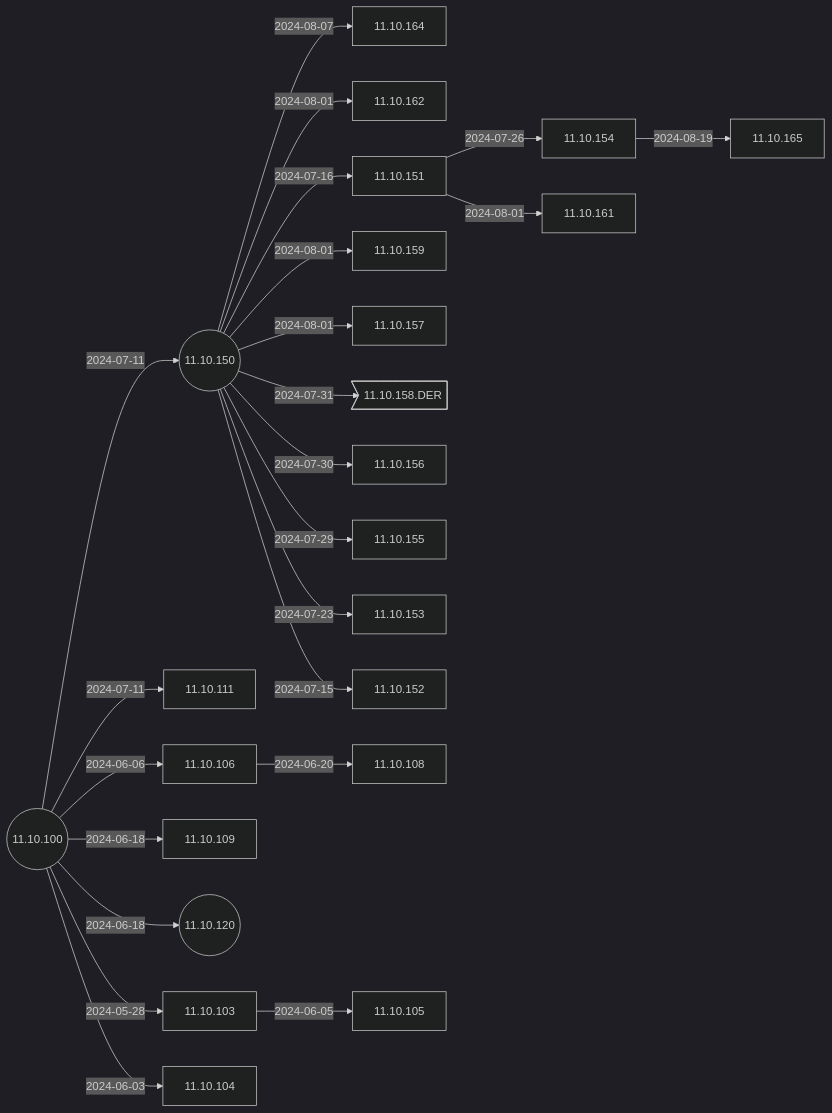
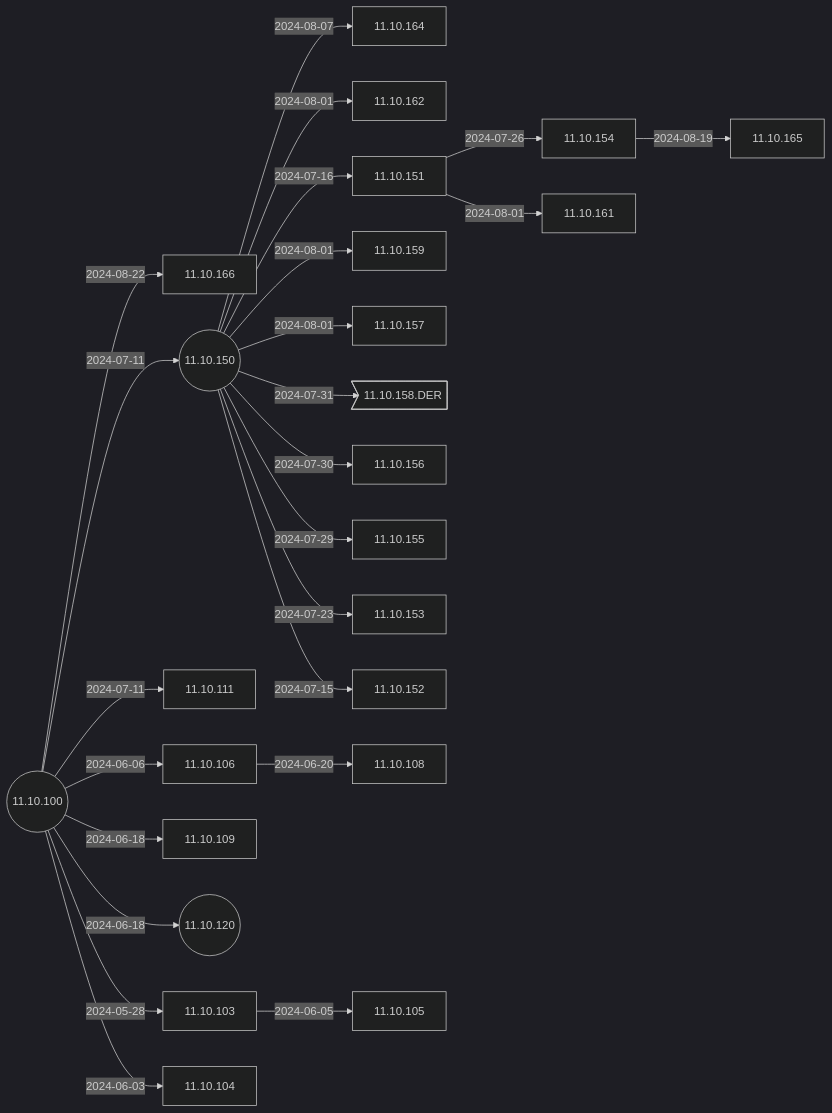
One commit to IGEL-Community/IGEL-Docs-v02 changed the second of 6 diagrams in docs/Docs/ReleaseNotes/01-OS11/README.md. Above: the diagram before and after it, drawn with Mermaid (dark theme). The commit also changed 2 other files, not shown here.

Commit message:
11.10.166 < 11.10.100 11.10.166 < 11.10.100

````diff
--- a/docs/Docs/ReleaseNotes/01-OS11/README.md
+++ b/docs/Docs/ReleaseNotes/01-OS11/README.md
@@ -41,49 +41,51 @@
 ```mermaid
 flowchart LR
+    11.10.100-- 2024-08-22 -->11.10.166
     11.10.154-- 2024-08-19 -->11.10.165
     11.10.150-- 2024-08-07 -->11.10.164
     11.10.150-- 2024-08-01 -->11.10.162
     11.10.151-- 2024-08-01 -->11.10.161
     11.10.150-- 2024-08-01 -->11.10.159
     11.10.150-- 2024-08-01 -->11.10.157
     11.10.150-- 2024-07-31 -->11.10.158.DER>11.10.158.DER]
     11.10.150-- 2024-07-30 -->11.10.156
     11.10.150-- 2024-07-29 -->11.10.155
     11.10.151-- 2024-07-26 -->11.10.154
     11.10.150-- 2024-07-23 -->11.10.153
     11.10.150-- 2024-07-16 -->11.10.151
     11.10.150-- 2024-07-15 -->11.10.152
     11.10.100-- 2024-07-11 -->11.10.150((11.10.150))
     11.10.100-- 2024-07-11 -->11.10.111
     11.10.106-- 2024-06-20 -->11.10.108
     11.10.100-- 2024-06-18 -->11.10.109
     11.10.100-- 2024-06-18 -->11.10.120((11.10.120))
     11.10.100-- 2024-06-06 -->11.10.106
     11.10.103-- 2024-06-05 -->11.10.105
     11.10.100-- 2024-06-03 -->11.10.104
     11.10.100-- 2024-05-28 -->11.10.103
     11.10.100((11.10.100))
+    click 11.10.166 "https://github.com/IGEL-Community/IGEL-Docs-v02/tree/main/docs/Docs/ReleaseNotes/01-OS11/readme11.10.166.txt" _blank
     click 11.10.165 "https://github.com/IGEL-Community/IGEL-Docs-v02/tree/main/docs/Docs/ReleaseNotes/01-OS11/readme11.10.165.txt" _blank
     click 11.10.164 "https://github.com/IGEL-Community/IGEL-Docs-v02/tree/main/docs/Docs/ReleaseNotes/01-OS11/readme11.10.164.txt" _blank
     click 11.10.162 "https://github.com/IGEL-Community/IGEL-Docs-v02/tree/main/docs/Docs/ReleaseNotes/01-OS11/readme11.10.162.txt" _blank
     click 11.10.161 "https://github.com/IGEL-Community/IGEL-Docs-v02/tree/main/docs/Docs/ReleaseNotes/01-OS11/readme11.10.161.txt" _blank
     click 11.10.159 "https://github.com/IGEL-Community/IGEL-Docs-v02/tree/main/docs/Docs/ReleaseNotes/01-OS11/readme11.10.159.txt" _blank
     click 11.10.157 "https://github.com/IGEL-Community/IGEL-Docs-v02/tree/main/docs/Docs/ReleaseNotes/01-OS11/readme11.10.157.txt" _blank
     click 11.10.158.DER "https://github.com/IGEL-Community/IGEL-Docs-v02/tree/main/docs/Docs/ReleaseNotes/01-OS11/readme11.10.158.DER.txt" _blank
     click 11.10.156 "https://github.com/IGEL-Community/IGEL-Docs-v02/tree/main/docs/Docs/ReleaseNotes/01-OS11/readme11.10.156.txt" _blank
     click 11.10.155 "https://github.com/IGEL-Community/IGEL-Docs-v02/tree/main/docs/Docs/ReleaseNotes/01-OS11/readme11.10.155.txt" _blank
     click 11.10.154 "https://github.com/IGEL-Community/IGEL-Docs-v02/tree/main/docs/Docs/ReleaseNotes/01-OS11/readme11.10.154.txt" _blank
     click 11.10.153 "https://github.com/IGEL-Community/IGEL-Docs-v02/tree/main/docs/Docs/ReleaseNotes/01-OS11/readme11.10.153.txt" _blank
     click 11.10.151 "https://github.com/IGEL-Community/IGEL-Docs-v02/tree/main/docs/Docs/ReleaseNotes/01-OS11/readme11.10.151.txt" _blank
     click 11.10.152 "https://github.com/IGEL-Community/IGEL-Docs-v02/tree/main/docs/Docs/ReleaseNotes/01-OS11/readme11.10.152.txt" _blank
     click 11.10.111 "https://github.com/IGEL-Community/IGEL-Docs-v02/tree/main/docs/Docs/ReleaseNotes/01-OS11/readme11.10.111.txt" _blank
     click 11.10.150 "https://github.com/IGEL-Community/IGEL-Docs-v02/tree/main/docs/Docs/ReleaseNotes/01-OS11/readme11.10.150.txt" _blank
     click 11.10.108 "https://github.com/IGEL-Community/IGEL-Docs-v02/tree/main/docs/Docs/ReleaseNotes/01-OS11/readme11.10.108.txt" _blank
     click 11.10.109 "https://github.com/IGEL-Community/IGEL-Docs-v02/tree/main/docs/Docs/ReleaseNotes/01-OS11/readme11.10.109.txt" _blank
     click 11.10.120 "https://github.com/IGEL-Community/IGEL-Docs-v02/tree/main/docs/Docs/ReleaseNotes/01-OS11/readme11.10.120.txt" _blank
     click 11.10.106 "https://github.com/IGEL-Community/IGEL-Docs-v02/tree/main/docs/Docs/ReleaseNotes/01-OS11/readme11.10.106.txt" _blank
     click 11.10.105 "https://github.com/IGEL-Community/IGEL-Docs-v02/tree/main/docs/Docs/ReleaseNotes/01-OS11/readme11.10.105.txt" _blank
     click 11.10.104 "https://github.com/IGEL-Community/IGEL-Docs-v02/tree/main/docs/Docs/ReleaseNotes/01-OS11/readme11.10.104.txt" _blank
     click 11.10.103 "https://github.com/IGEL-Community/IGEL-Docs-v02/tree/main/docs/Docs/ReleaseNotes/01-OS11/readme11.10.103.txt" _blank
     click 11.10.100 "https://github.com/IGEL-Community/IGEL-Docs-v02/tree/main/docs/Docs/ReleaseNotes/01-OS11/readme11.10.100.txt" _blank
 ```
````
